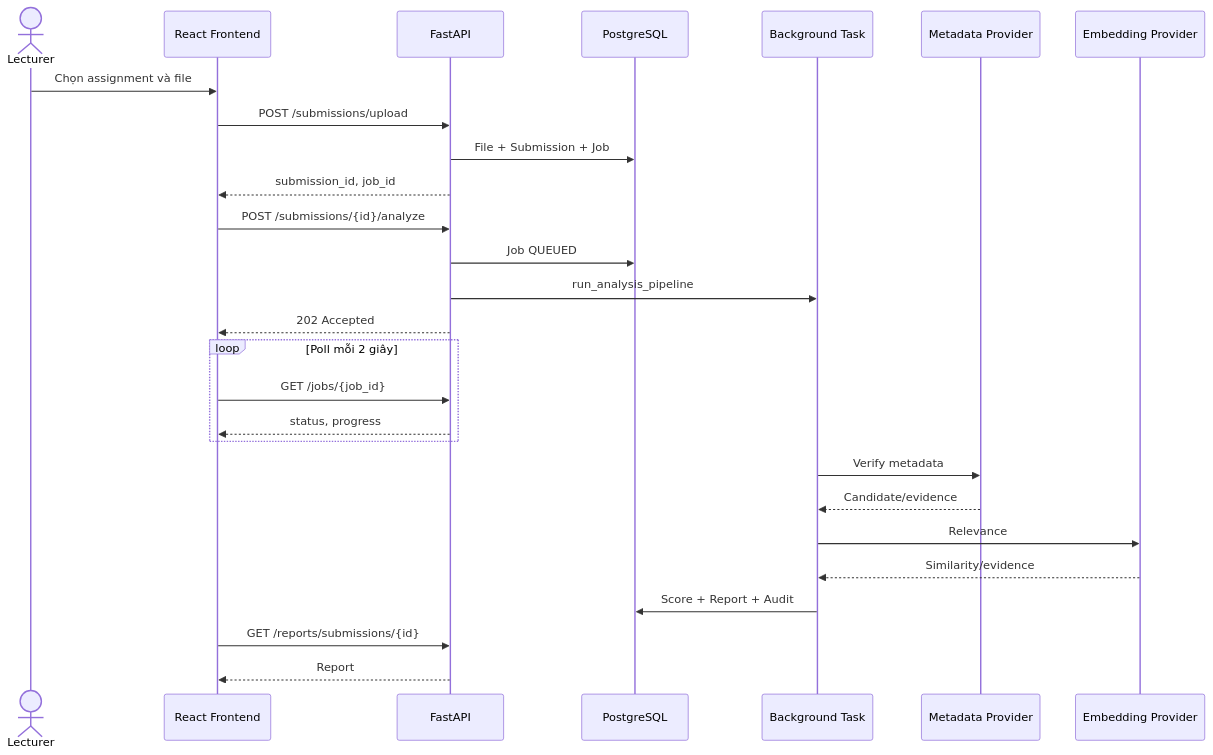
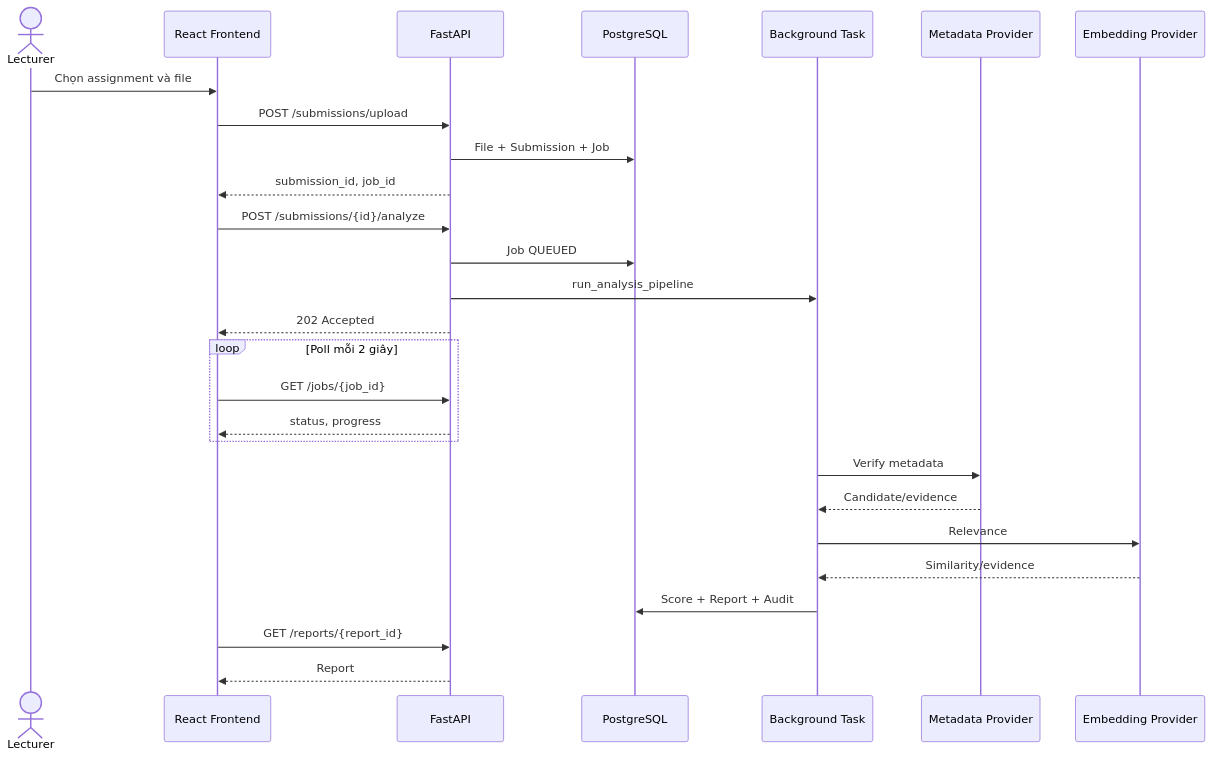
Before and after one commit to Sam-PTSang-040728/TrustLens: the diagram in docs/v1.2/requirements/Use_Cases.md, drawn with Mermaid. The commit also changed other lines of this file and 9 other files, not shown here.

````diff
--- a/docs/v1.2/requirements/Use_Cases.md
+++ b/docs/v1.2/requirements/Use_Cases.md
@@ -113,30 +113,30 @@
 ```mermaid
 sequenceDiagram
     actor Lecturer
     participant FE as React Frontend
     participant API as FastAPI
     participant DB as PostgreSQL
     participant BG as Background Task
     participant META as Metadata Provider
     participant EMB as Embedding Provider
 
     Lecturer->>FE: Chọn assignment và file
     FE->>API: POST /submissions/upload
     API->>DB: File + Submission + Job
     API-->>FE: submission_id, job_id
     FE->>API: POST /submissions/{id}/analyze
     API->>DB: Job QUEUED
     API->>BG: run_analysis_pipeline
     API-->>FE: 202 Accepted
     loop Poll mỗi 2 giây
         FE->>API: GET /jobs/{job_id}
         API-->>FE: status, progress
     end
     BG->>META: Verify metadata
     META-->>BG: Candidate/evidence
     BG->>EMB: Relevance
     EMB-->>BG: Similarity/evidence
     BG->>DB: Score + Report + Audit
-    FE->>API: GET /reports/submissions/{id}
+    FE->>API: GET /reports/{report_id}
     API-->>FE: Report
 ```
````
